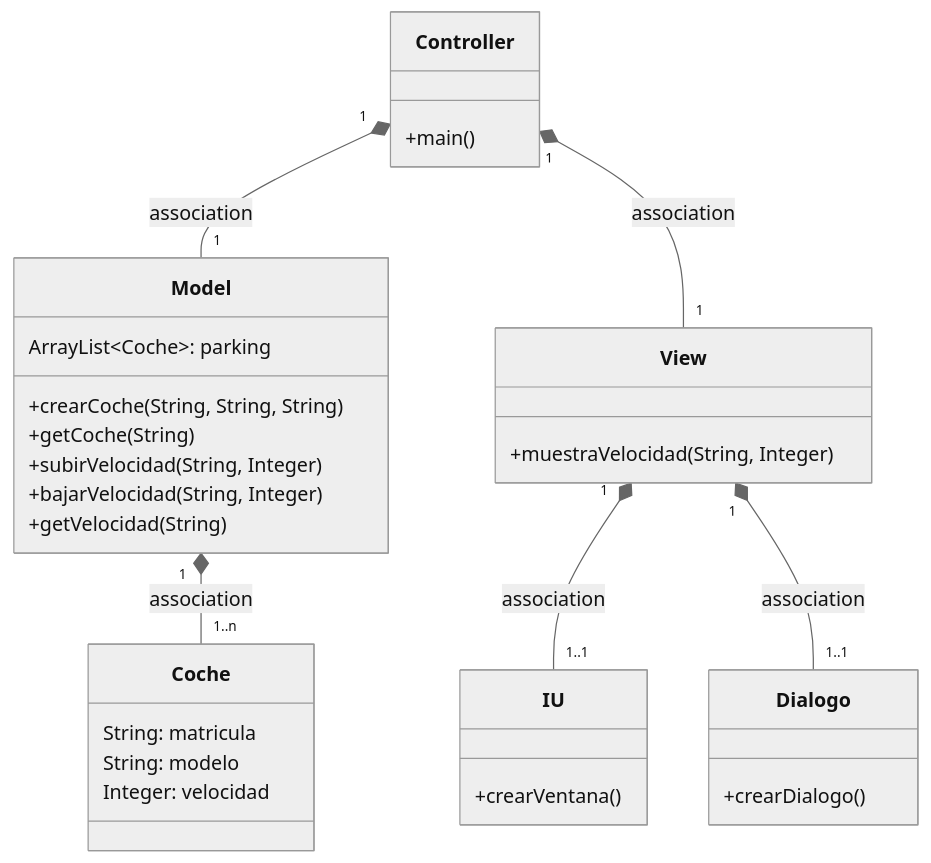
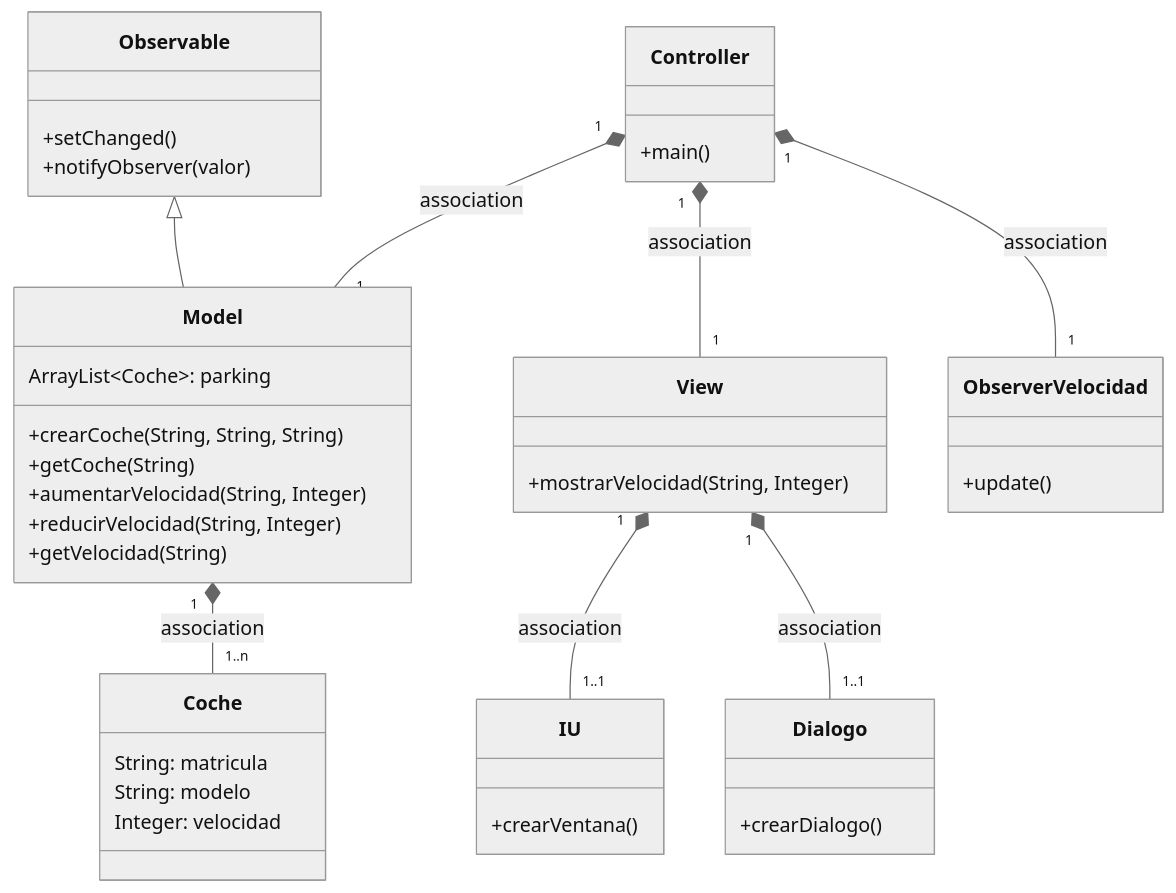
Before and after one commit to JorgeAmestoy/MVC_coches: the first of 4 diagrams in Readme.md, drawn with Mermaid (neutral theme). The commit also changed other lines of this file, not shown here.

````diff
--- a/Readme.md
+++ b/Readme.md
@@ -8,35 +16,41 @@
 ```mermaid
 classDiagram
+    class Observable{
+        +setChanged()
+        +notifyObserver(valor)
+    }
     class Coche {
         String: matricula
         String: modelo
         Integer: velocidad
     }
       class Controller{
           +main()
       }
-      class View {+muestraVelocidad(String, Integer)}
+      class View {+mostrarVelocidad(String, Integer)}
       class Model {
           ArrayList~Coche~: parking
           +crearCoche(String, String, String)
           +getCoche(String)
-          +subirVelocidad(String, Integer)
-          +bajarVelocidad(String, Integer)
+          +aumentarVelocidad(String, Integer)
+          +reducirVelocidad(String, Integer)
           +getVelocidad(String)
-          
-          
       }
-      class IU{
-      +crearVentana()
+      class IU {
+          +crearVentana()
       }
-      class Dialogo{
-      +crearDialogo()
+      class Dialogo {
+          +crearDialogo()
       }
+      class ObserverVelocidad {
+      +update()
+      }
+    Controller "1" *-- "1" ObserverVelocidad : association
     Controller "1" *-- "1" Model : association
     Controller "1" *-- "1" View : association
     Model "1" *-- "1..n" Coche : association
-    View "1" *-- "1..1" IU : association
+    View "1" *-- "1..1" IU: association
     View "1" *-- "1..1" Dialogo : association
-    
+    Observable<|--Model
       
 ```
````
